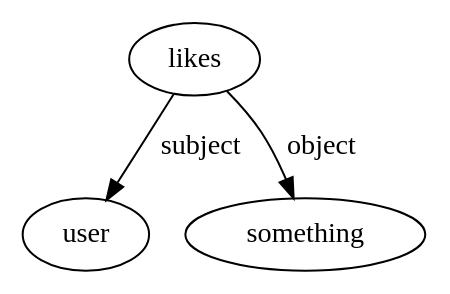
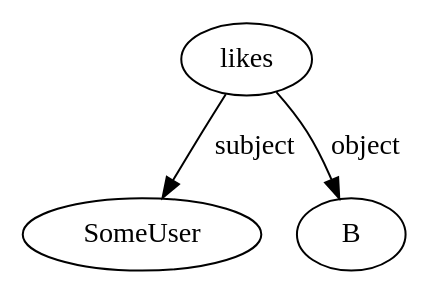
One commit to liqd/adhocracy3 changed the tenth of 22 diagrams in src/adhocracy.core/docs/supergraph.rst. Above: the diagram before and after it, drawn with Graphviz. The commit also changed other lines of this file, not shown here.

```diff
--- a/src/adhocracy.core/docs/supergraph.rst
+++ b/src/adhocracy.core/docs/supergraph.rst
@@ -261,4 +255,4 @@
 .. digraph:: huhu
 
-    likes -> user [label = subject];
-    likes -> something [label = object];
+    likes -> SomeUser [label = subject];
+    likes -> B [label = object];
```
